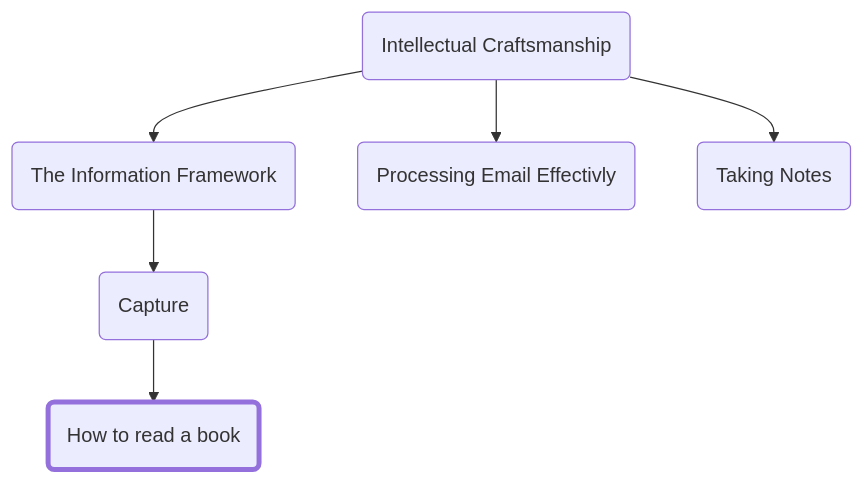
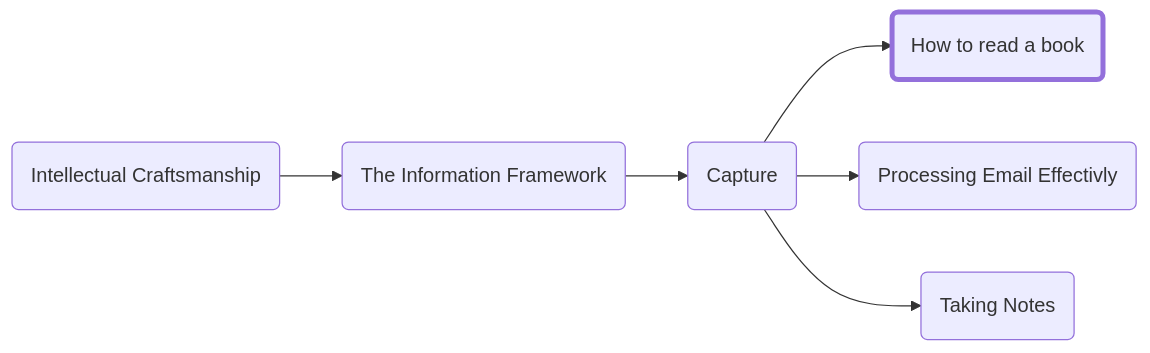
One commit to forrestpitz/forrestpitz.github.io changed the diagram in _posts/2023-01-05-readabook.md. Above: the diagram before and after it, drawn with Mermaid. The commit also changed 2 other files, not shown here.

Commit message:
fixing capture nav

````diff
--- a/_posts/2023-01-05-readabook.md
+++ b/_posts/2023-01-05-readabook.md
@@ -56,16 +56,16 @@
 ```mermaid
-graph TD;
+graph LR;
   A(Intellectual Craftsmanship)-->B(The Information Framework)
   B-->C(Capture)
   C-->D(How to read a book)
-  A-->E(Processing Email Effectivly)
-  A-->F(Taking Notes)
+  C-->E(Processing Email Effectivly)
+  C-->F(Taking Notes)
 
   style D stroke-width:4px
 
   click A "{% post_url 2023-01-05-intro %}"
   click B "{% post_url 2023-01-05-info-framework %}"
   click C "{% post_url 2023-01-05-capture %}"
   click E "{% post_url 2023-01-05-email %}"
   click F "{% post_url 2023-01-05-notetaking %}"
 ```
````
